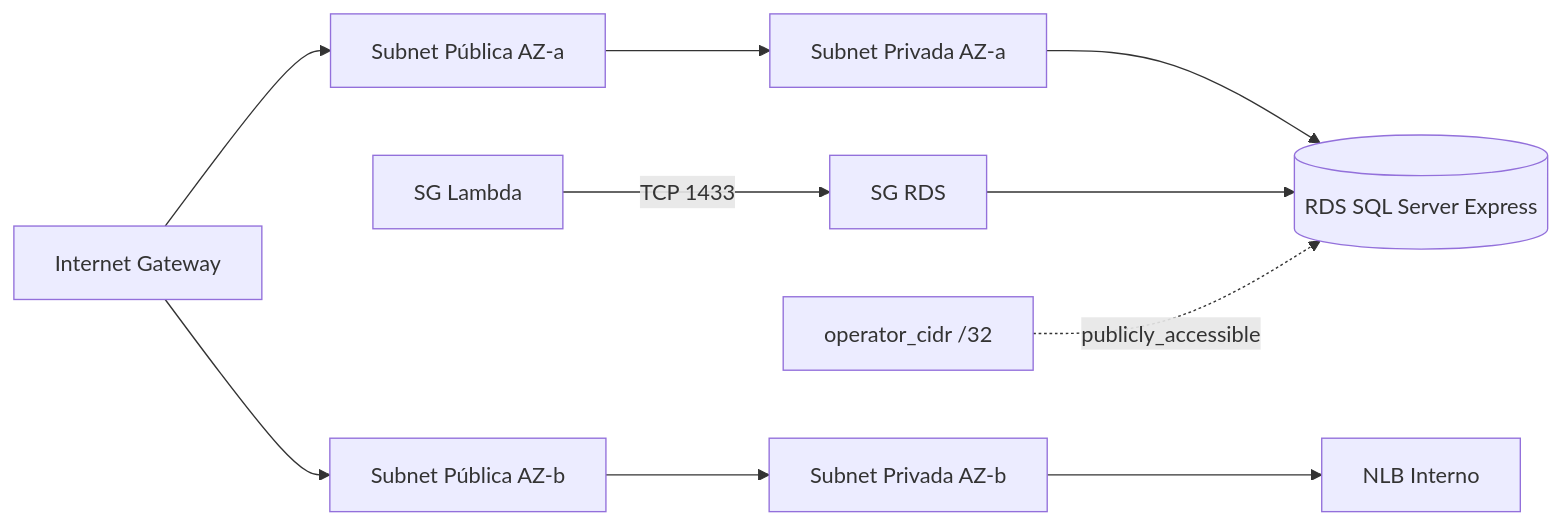
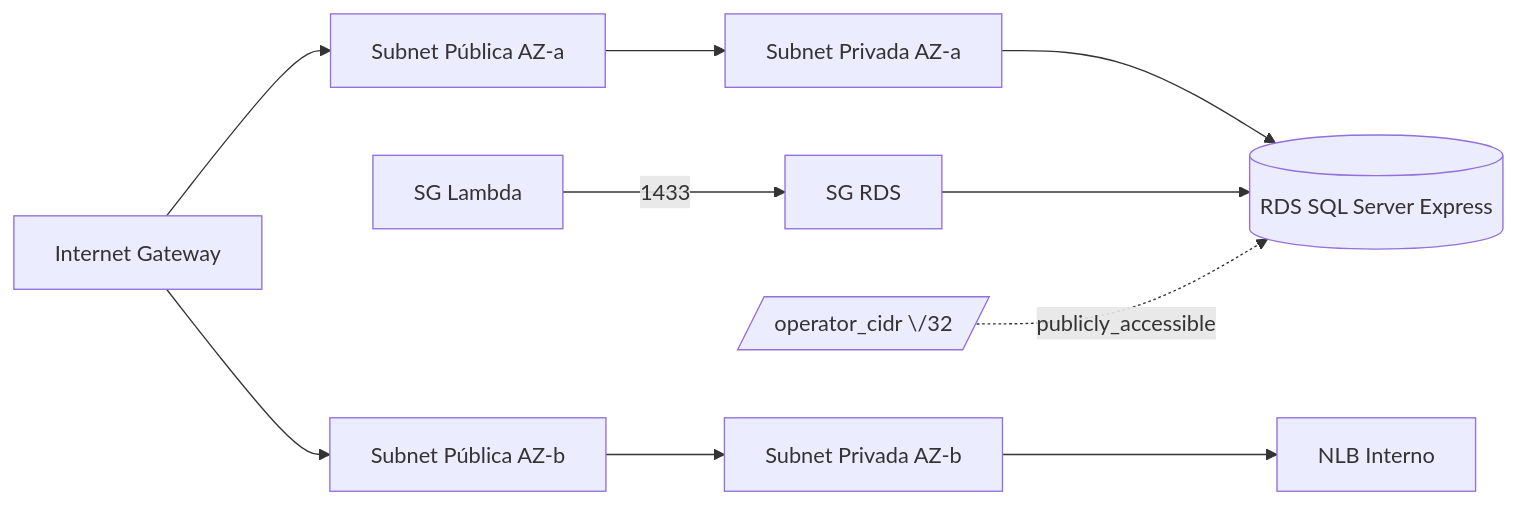
One commit to fabianorodrigues/oficina-infra-db changed the second of 2 diagrams in README.md. Above: the diagram before and after it, drawn with Mermaid. The commit also changed other lines of this file, not shown here.

Commit message:
feat: Alterações no README

````diff
--- a/README.md
+++ b/README.md
@@ -47,12 +48,11 @@
 ```mermaid
 graph LR
   IGW[Internet Gateway] --> PubA[Subnet Pública AZ-a]
   IGW --> PubB[Subnet Pública AZ-b]
   PubA --> PrivA[Subnet Privada AZ-a]
   PubB --> PrivB[Subnet Privada AZ-b]
   PrivA --> RDS[(RDS SQL Server Express)]
   PrivB --> NLB[NLB Interno]
-  SGLambda[SG Lambda] -->|TCP 1433| SGRds[SG RDS]
-  SGRds --> RDS
-  CIDR["operator_cidr /32"] -.publicly_accessible.-> RDS
+  SGLambda[SG Lambda] -->|1433| SGRds[SG RDS] --> RDS
+  CIDR[/operator_cidr \/32/] -. publicly_accessible .-> RDS
 ```
````
